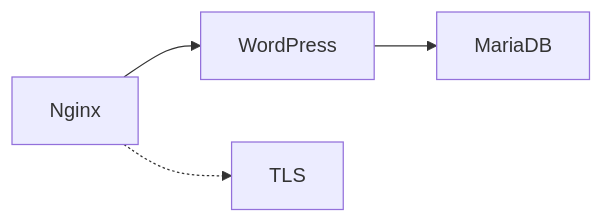
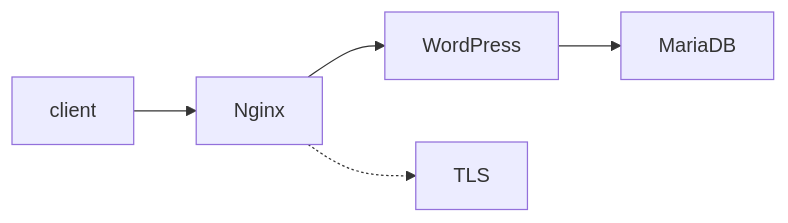
One commit to Madani00/inception changed the diagram in README.md. Above: the diagram before and after it, drawn with Mermaid.

Commit message:
readme file

````diff
--- a/README.md
+++ b/README.md
@@ -44,6 +44,7 @@
 ```mermaid
 graph LR
+  client --> Nginx
   Nginx --> WordPress
   WordPress --> MariaDB
   Nginx -.-> TLS
 ```
````
